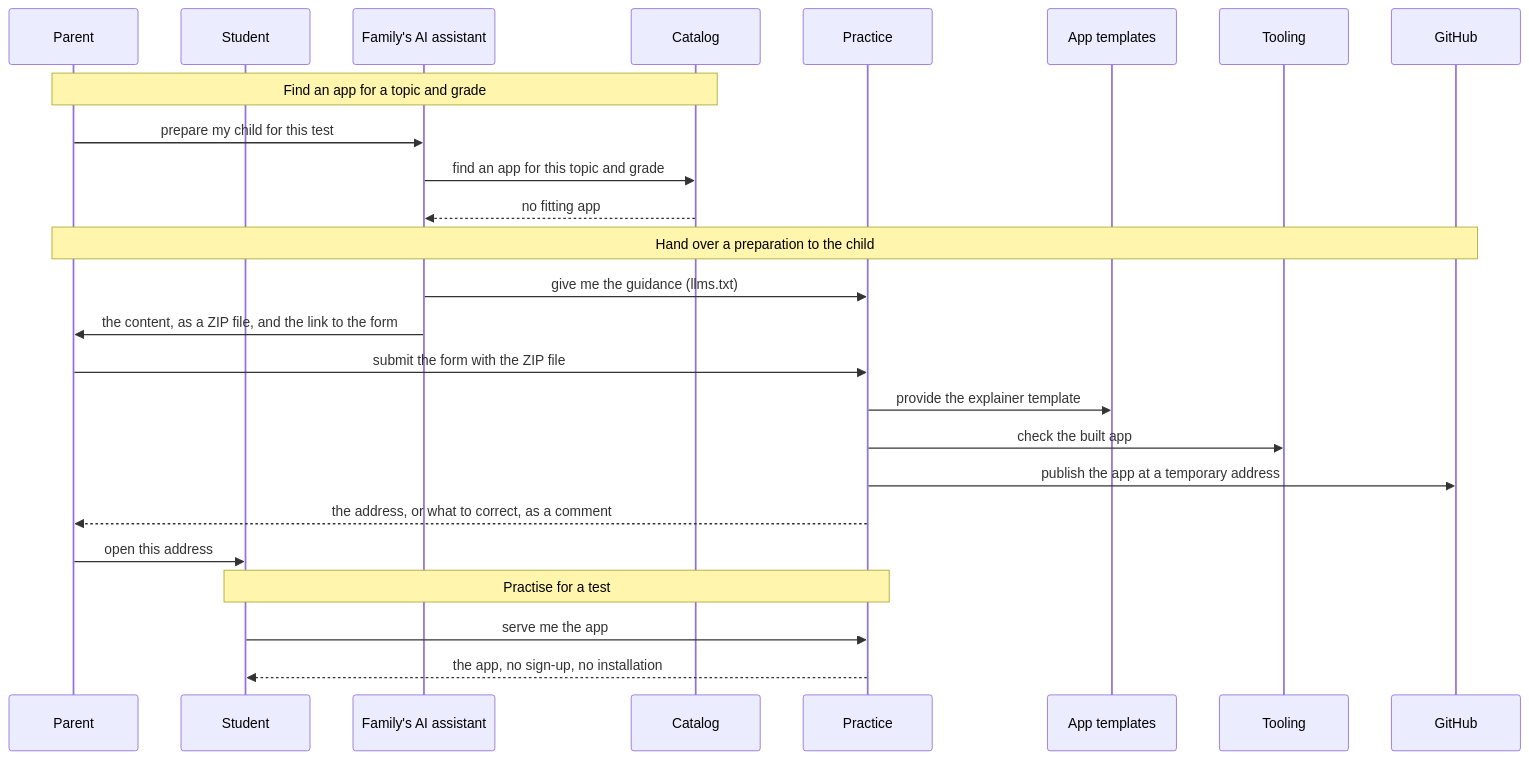
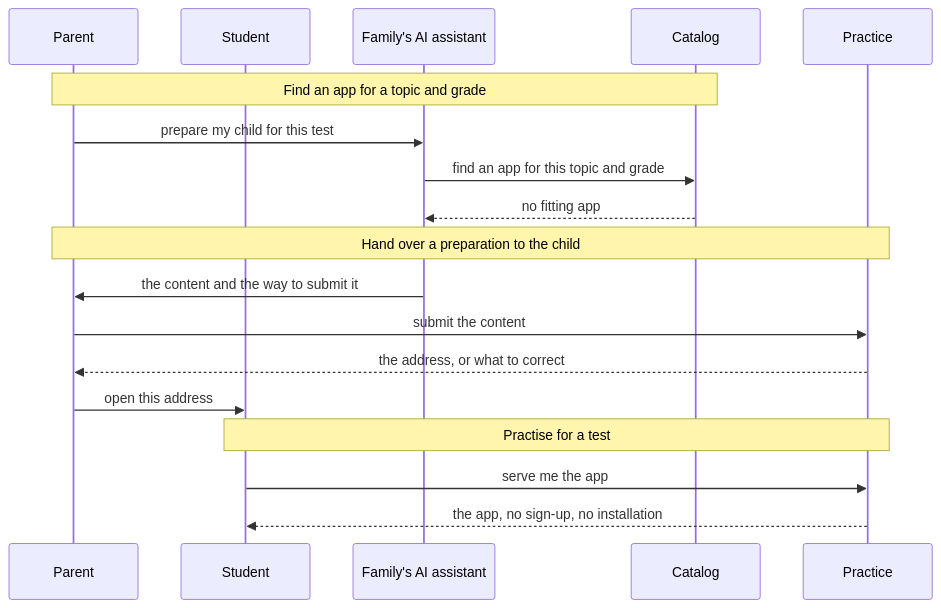
Before and after one commit to lernapps/docs: the fourth of 7 diagrams in docs/arc42/06-runtime-view.arc42.md, drawn with Mermaid. The commit also changed other lines of this file and 7 other files, not shown here.

First line of the commit message:
refactor: give each statement about practice one place and keep to the level

````diff
--- a/docs/arc42/06-runtime-view.arc42.md
+++ b/docs/arc42/06-runtime-view.arc42.md
@@ -192,27 +192,20 @@
 ```mermaid
 sequenceDiagram
     participant parent as Parent
     participant student as Student
     participant assistant as Family's AI assistant
     participant catalog as Catalog
     participant practice as Practice
-    participant templates as App templates
-    participant tooling as Tooling
-    participant github as GitHub
     Note over parent,catalog: Find an app for a topic and grade
     parent->>assistant: prepare my child for this test
     assistant->>catalog: find an app for this topic and grade
     catalog-->>assistant: no fitting app
-    Note over parent,github: Hand over a preparation to the child
-    assistant->>practice: give me the guidance (llms.txt)
-    assistant->>parent: the content, as a ZIP file, and the link to the form
-    parent->>practice: submit the form with the ZIP file
-    practice->>templates: provide the explainer template
-    practice->>tooling: check the built app
-    practice->>github: publish the app at a temporary address
-    practice-->>parent: the address, or what to correct, as a comment
+    Note over parent,practice: Hand over a preparation to the child
+    assistant->>parent: the content and the way to submit it
+    parent->>practice: submit the content
+    practice-->>parent: the address, or what to correct
     parent->>student: open this address
     Note over student,practice: Practise for a test
     student->>practice: serve me the app
     practice-->>student: the app, no sign-up, no installation
 ```
````
